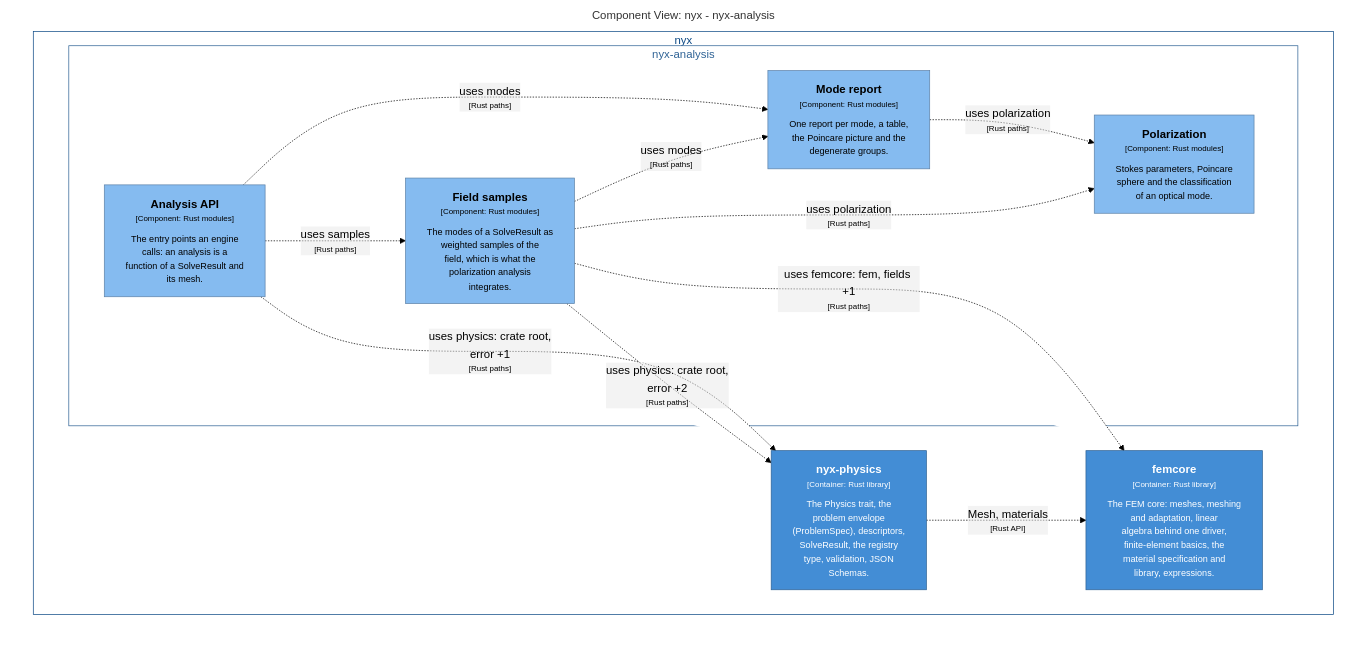
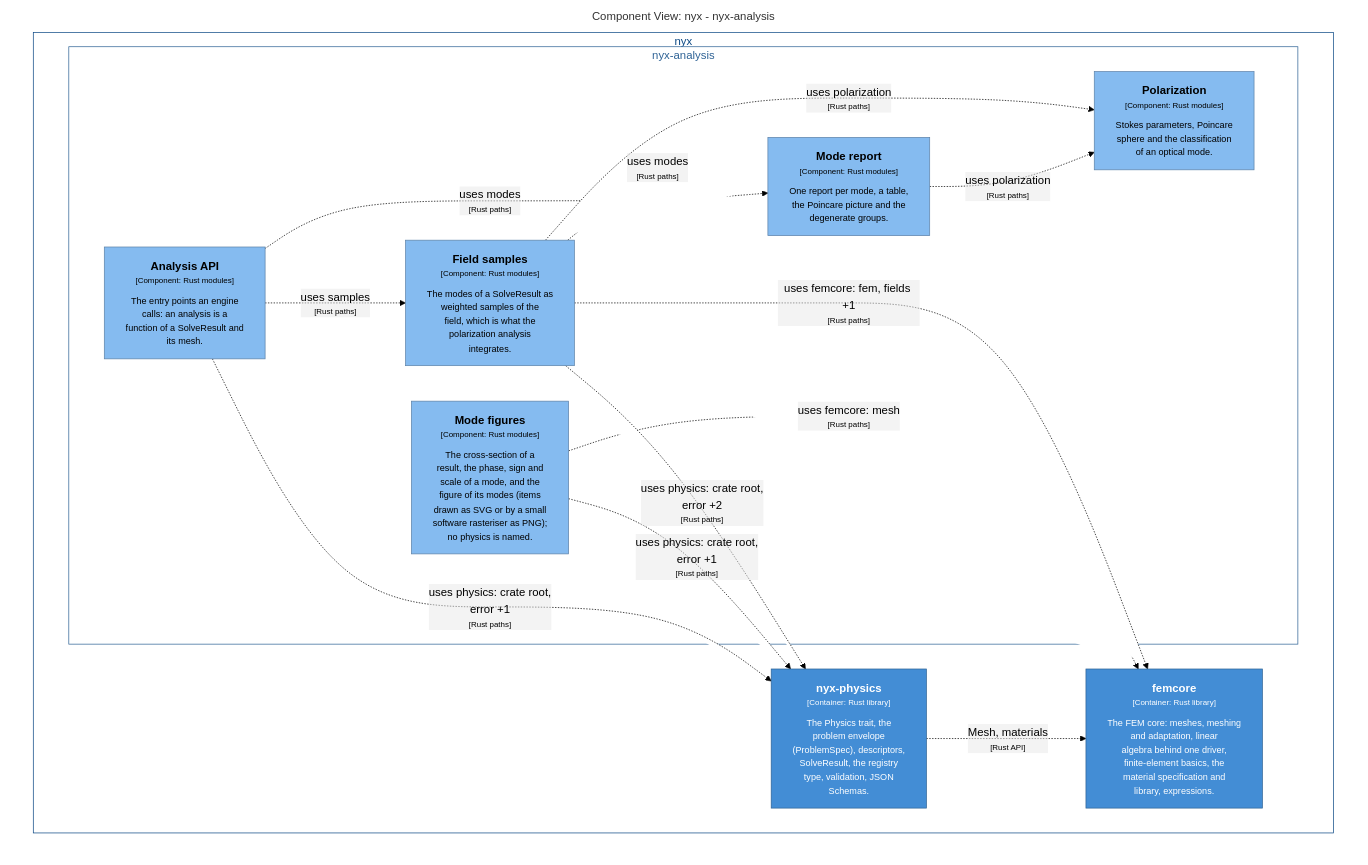
The diagram in docs/architecture/c4/export/mermaid/structurizr-Components_analysis.mmd (p-j-r/nyx), drawn with Mermaid (forest theme) before and after one commit. The commit also changed 79 other files, not shown here.

First line of the commit message:
Figures of modes: results layout 4 (one documented node order, no /viz group), nyx-analysis section/modeview/canvas/raster/figure, engine command figure (SVG and PNG), XDMF as a nyx-only index of the stored datasets, ADR 99 (provisional), C4 pages rebuilt

```diff
--- a/docs/architecture/c4/export/mermaid/structurizr-Components_analysis.mmd
+++ b/docs/architecture/c4/export/mermaid/structurizr-Components_analysis.mmd
@@ -1,39 +1,43 @@
 graph TB
   linkStyle default fill:#ffffff
 
   subgraph diagram ["Component View: nyx - nyx-analysis"]
     style diagram fill:#ffffff,stroke:#ffffff
 
     subgraph 5 ["nyx"]
       style 5 fill:#ffffff,stroke:#0b4884,color:#0b4884
 
       subgraph 70 ["nyx-analysis"]
         style 70 fill:#ffffff,stroke:#2e6295,color:#2e6295
 
         71["<div style='font-weight: bold'>Analysis API</div><div style='font-size: 70%; margin-top: 0px'>[Component: Rust modules]</div><div style='font-size: 80%; margin-top:10px'>The entry points an engine<br />calls: an analysis is a<br />function of a SolveResult and<br />its mesh.</div>"]
         style 71 fill:#85bbf0,stroke:#5d82a8,color:#000000
         72["<div style='font-weight: bold'>Field samples</div><div style='font-size: 70%; margin-top: 0px'>[Component: Rust modules]</div><div style='font-size: 80%; margin-top:10px'>The modes of a SolveResult as<br />weighted samples of the<br />field, which is what the<br />polarization analysis<br />integrates.</div>"]
         style 72 fill:#85bbf0,stroke:#5d82a8,color:#000000
         73["<div style='font-weight: bold'>Polarization</div><div style='font-size: 70%; margin-top: 0px'>[Component: Rust modules]</div><div style='font-size: 80%; margin-top:10px'>Stokes parameters, Poincare<br />sphere and the classification<br />of an optical mode.</div>"]
         style 73 fill:#85bbf0,stroke:#5d82a8,color:#000000
         74["<div style='font-weight: bold'>Mode report</div><div style='font-size: 70%; margin-top: 0px'>[Component: Rust modules]</div><div style='font-size: 80%; margin-top:10px'>One report per mode, a table,<br />the Poincare picture and the<br />degenerate groups.</div>"]
         style 74 fill:#85bbf0,stroke:#5d82a8,color:#000000
+        75["<div style='font-weight: bold'>Mode figures</div><div style='font-size: 70%; margin-top: 0px'>[Component: Rust modules]</div><div style='font-size: 80%; margin-top:10px'>The cross-section of a<br />result, the phase, sign and<br />scale of a mode, and the<br />figure of its modes (items<br />drawn as SVG or by a small<br />software rasteriser as PNG);<br />no physics is named.</div>"]
+        style 75 fill:#85bbf0,stroke:#5d82a8,color:#000000
       end
 
       41["<div style='font-weight: bold'>nyx-physics</div><div style='font-size: 70%; margin-top: 0px'>[Container: Rust library]</div><div style='font-size: 80%; margin-top:10px'>The Physics trait, the<br />problem envelope<br />(ProblemSpec), descriptors,<br />SolveResult, the registry<br />type, validation, JSON<br />Schemas.</div>"]
       style 41 fill:#438dd5,stroke:#2e6295,color:#ffffff
-      84["<div style='font-weight: bold'>femcore</div><div style='font-size: 70%; margin-top: 0px'>[Container: Rust library]</div><div style='font-size: 80%; margin-top:10px'>The FEM core: meshes, meshing<br />and adaptation, linear<br />algebra behind one driver,<br />finite-element basics, the<br />material specification and<br />library, expressions.</div>"]
-      style 84 fill:#438dd5,stroke:#2e6295,color:#ffffff
+      85["<div style='font-weight: bold'>femcore</div><div style='font-size: 70%; margin-top: 0px'>[Container: Rust library]</div><div style='font-size: 80%; margin-top:10px'>The FEM core: meshes, meshing<br />and adaptation, linear<br />algebra behind one driver,<br />finite-element basics, the<br />material specification and<br />library, expressions.</div>"]
+      style 85 fill:#438dd5,stroke:#2e6295,color:#ffffff
     end
 
-    41-. "<div>Mesh, materials</div><div style='font-size: 70%'>[Rust API]</div>" .->84
+    41-. "<div>Mesh, materials</div><div style='font-size: 70%'>[Rust API]</div>" .->85
     71-. "<div>uses physics: crate root,<br />error +1</div><div style='font-size: 70%'>[Rust paths]</div>" .->41
     71-. "<div>uses modes</div><div style='font-size: 70%'>[Rust paths]</div>" .->74
     71-. "<div>uses samples</div><div style='font-size: 70%'>[Rust paths]</div>" .->72
+    75-. "<div>uses femcore: mesh</div><div style='font-size: 70%'>[Rust paths]</div>" .->85
+    75-. "<div>uses physics: crate root,<br />error +1</div><div style='font-size: 70%'>[Rust paths]</div>" .->41
     74-. "<div>uses polarization</div><div style='font-size: 70%'>[Rust paths]</div>" .->73
-    72-. "<div>uses femcore: fem, fields +1</div><div style='font-size: 70%'>[Rust paths]</div>" .->84
+    72-. "<div>uses femcore: fem, fields +1</div><div style='font-size: 70%'>[Rust paths]</div>" .->85
     72-. "<div>uses physics: crate root,<br />error +2</div><div style='font-size: 70%'>[Rust paths]</div>" .->41
     72-. "<div>uses modes</div><div style='font-size: 70%'>[Rust paths]</div>" .->74
     72-. "<div>uses polarization</div><div style='font-size: 70%'>[Rust paths]</div>" .->73
 
   end
```
